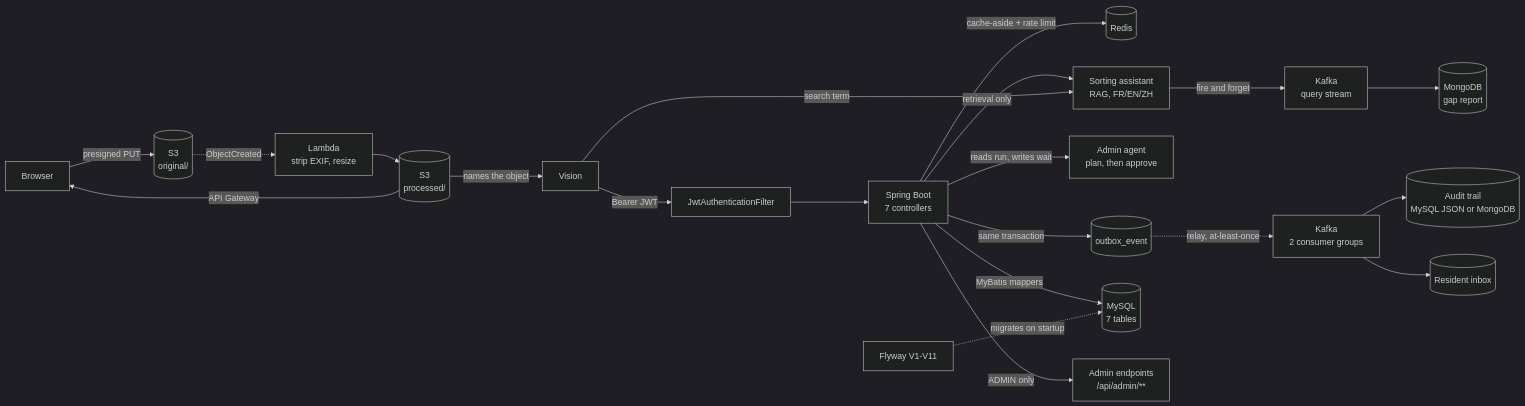
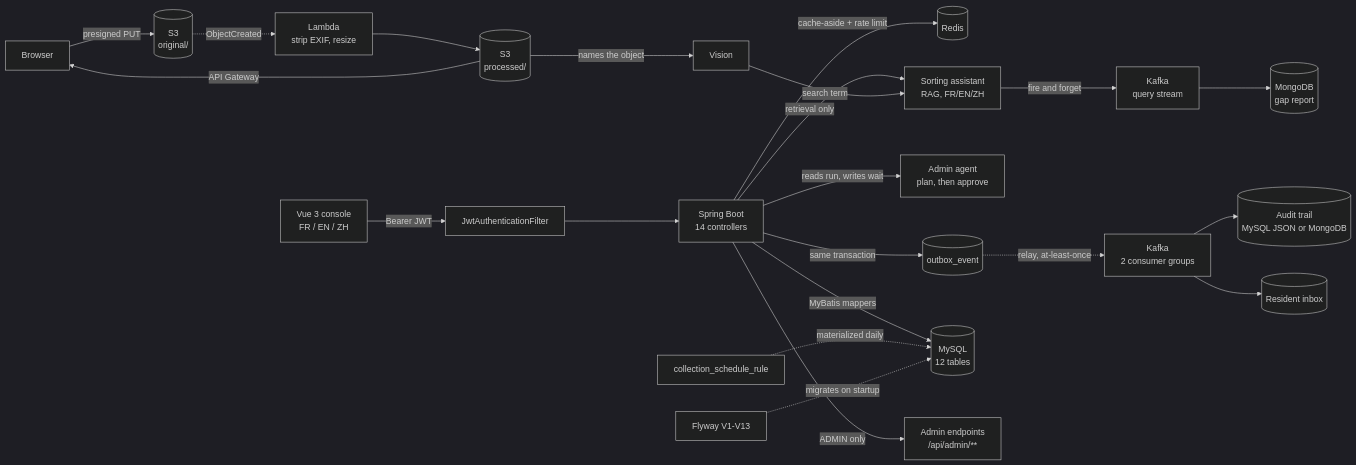
Before and after one commit to kingmars2022/blainville-waste-sorting: the diagram in README.md, drawn with Mermaid (dark theme). The commit also changed other lines of this file, not shown here.

Commit message:
docs: bring the README's figures up to date, and fix the diagram
The numbers drifted as the project grew: Flyway V1-V11 where there are
now thirteen migrations, seven controllers where there are fourteen,
seven tables in the diagram against twelve in the table right below it.

The diagram also had a rendering bug. `V` was defined twice - once as
the Vue console and once as the vision step - and Mermaid relabels
rather than duplicates, so the console rendered as "Vision" to anyone
who opened the page. The vision step now has its own id.

Added the two rows the table was missing: the schedule as recurring
rules materialized to a rolling horizon, and the shaded Lambda artifact
alongside the Compose and Actions entries. CORS origins noted as
configurable, since "deployable at all" is a property worth stating.

Claude-Session: https://claude.ai/code/session_018xxzQYqq7HM4XapWCjP3oN

````diff
--- a/README.md
+++ b/README.md
@@ -8,23 +8,24 @@
 ```mermaid
 flowchart LR
     V["Vue 3 console<br/>FR / EN / ZH"] -->|"Bearer JWT"| F["JwtAuthenticationFilter"]
-    F --> A["Spring Boot<br/>7 controllers"]
+    F --> A["Spring Boot<br/>14 controllers"]
     A -->|"cache-aside + rate limit"| R[("Redis")]
     A -->|"retrieval only"| AI["Sorting assistant<br/>RAG, FR/EN/ZH"]
     A -->|"reads run, writes wait"| AG["Admin agent<br/>plan, then approve"]
     B["Browser"] -->|"presigned PUT"| S3[("S3<br/>original/")]
     S3 -.->|"ObjectCreated"| L["Lambda<br/>strip EXIF, resize"]
     L --> S3P[("S3<br/>processed/")]
     S3P -->|"API Gateway"| B
-    S3P -->|"names the object"| V["Vision"]
-    V -->|"search term"| AI
+    S3P -->|"names the object"| VI["Vision"]
+    VI -->|"search term"| AI
     A -->|"same transaction"| OB[("outbox_event")]
     OB -.->|"relay, at-least-once"| K["Kafka<br/>2 consumer groups"]
     K --> AU[("Audit trail<br/>MySQL JSON or MongoDB")]
     K --> IN[("Resident inbox")]
     AI -->|"fire and forget"| K2["Kafka<br/>query stream"]
     K2 --> MG[("MongoDB<br/>gap report")]
-    A -->|"MyBatis mappers"| D[("MySQL<br/>7 tables")]
-    FW["Flyway V1-V11"] -.->|"migrates on startup"| D
+    A -->|"MyBatis mappers"| D[("MySQL<br/>12 tables")]
+    RU["collection_schedule_rule"] -.->|"materialized daily"| D
+    FW["Flyway V1-V13"] -.->|"migrates on startup"| D
     A -->|"ADMIN only"| ADM["Admin endpoints<br/>/api/admin/**"]
 ```
````
